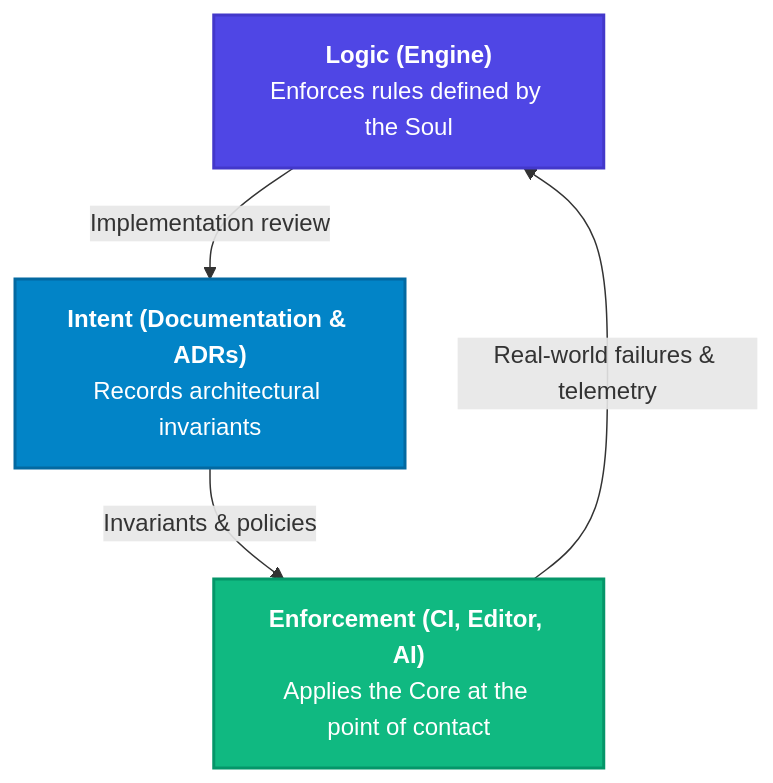
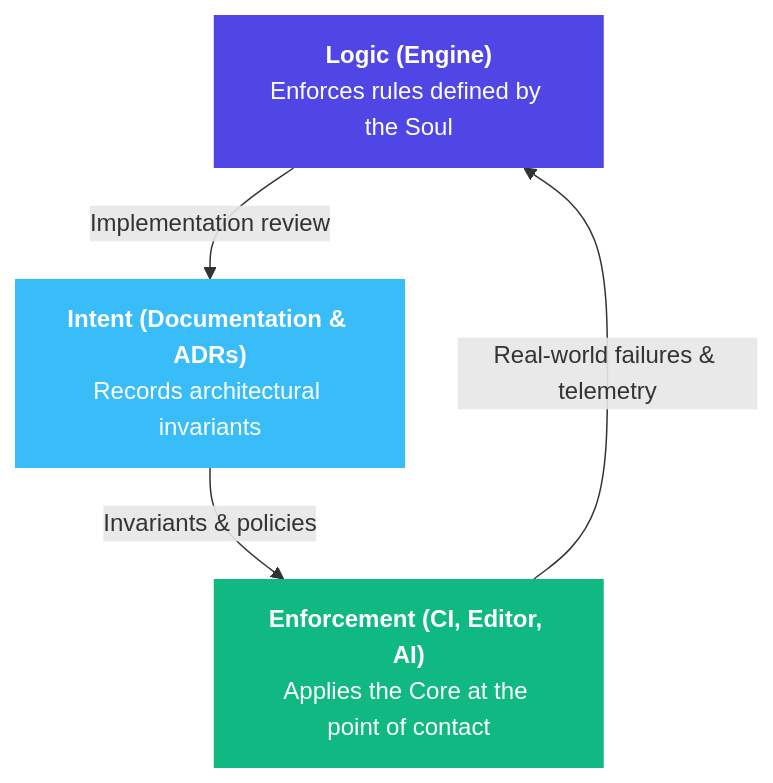
The diagram in docs/explanation/the-zenzic-trinity.md (PythonWoods-Dev/zenzic), drawn with Mermaid before and after one commit. The commit also changed 11 other files, not shown here.

````diff
--- a/docs/explanation/the-zenzic-trinity.md
+++ b/docs/explanation/the-zenzic-trinity.md
@@ -124,10 +124,15 @@
 ```mermaid
 flowchart TD
     Core["<b>Logic (Engine)</b><br>Enforces rules defined by the Soul"] -->|"Implementation review"| Soul["<b>Intent (Documentation & ADRs)</b><br>Records architectural invariants"]
     Soul -->|"Invariants & policies"| Action["<b>Enforcement (CI, Editor, AI)</b><br>Applies the Core at the point of contact"]
     Action -->|"Real-world failures & telemetry"| Core
 
-    style Core fill:#4f46e5,stroke:#4338ca,color:#ffffff,stroke-width:2px
-    style Soul fill:#0284c7,stroke:#0369a1,color:#ffffff,stroke-width:2px
-    style Action fill:#10b981,stroke:#059669,color:#ffffff,stroke-width:2px
+    classDef entry fill:#4f46e5,color:#fff,stroke-width:0px
+    classDef data fill:#38bdf8,color:#fff,stroke-width:0px
+    classDef ok fill:#10b981,color:#fff,stroke-width:0px
+    classDef gate fill:#f59e0b,color:#fff,stroke-width:0px
+    classDef danger fill:#f43f5e,color:#fff,stroke-width:0px
+    class Core entry
+    class Soul data
+    class Action ok
 ```
````
